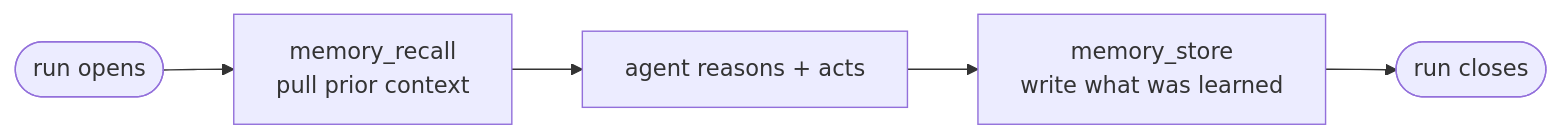
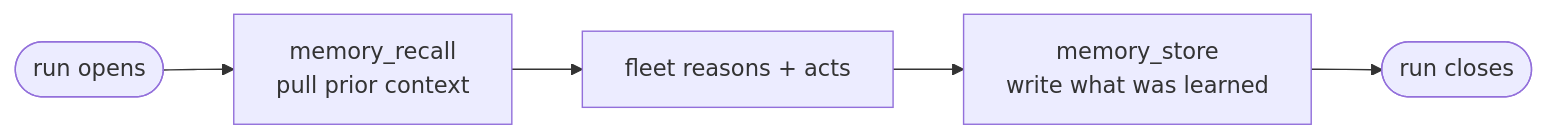
The diagram in memory.mdx (agentsfleet/docs), drawn with Mermaid before and after one commit. The commit also changed other lines of this file and 27 other files, not shown here.

First line of the commit message:
docs: rename agent → fleet site-wide + document the template commands

````diff
--- a/memory.mdx
+++ b/memory.mdx
@@ -38,7 +38,7 @@
 ```mermaid
 flowchart LR
     Start([run opens]) --> Recall["memory_recall<br/>pull prior context"]
-    Recall --> Reason[agent reasons + acts]
+    Recall --> Reason[fleet reasons + acts]
     Reason --> Store["memory_store<br/>write what was learned"]
     Store --> End([run closes])
 ```
````
